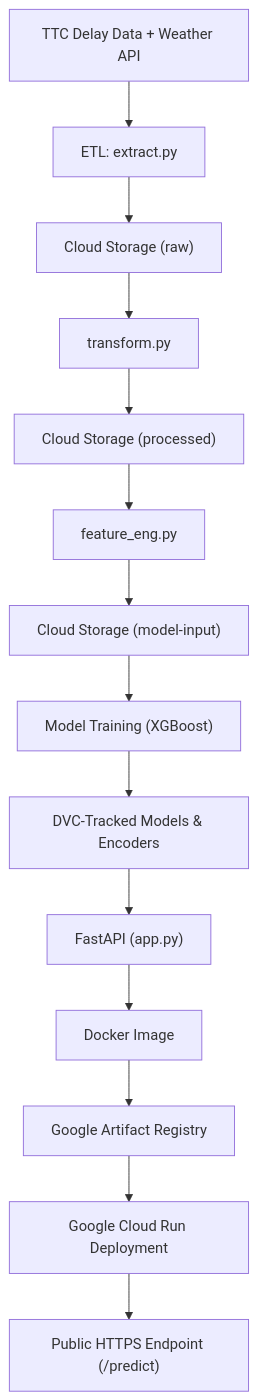
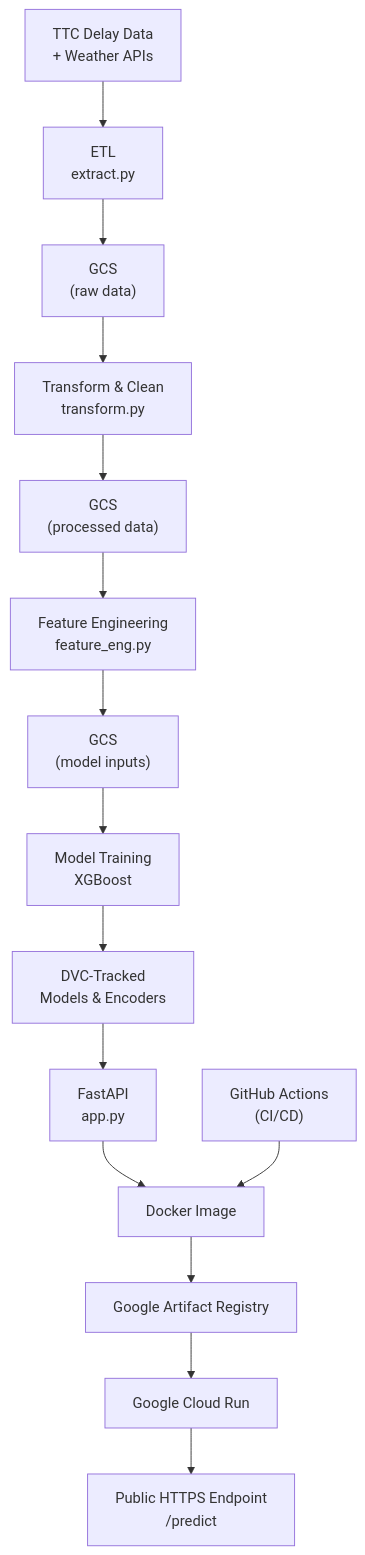
The diagram in README.md (jay-nidumolu/transitx-project), drawn with Mermaid before and after one commit.

````diff
--- a/README.md
+++ b/README.md
@@ -137,16 +137,25 @@
 ```mermaid
 flowchart TB
-    A["TTC Delay Data + Weather API"] --> B["ETL: extract.py"]
-    B --> C["Cloud Storage (raw)"]
-    C --> D["transform.py"]
-    D --> E["Cloud Storage (processed)"]
-    E --> F["feature_eng.py"]
-    F --> G["Cloud Storage (model-input)"]
-    G --> H["Model Training (XGBoost)"]
-    H --> I["DVC-Tracked Models & Encoders"]
-    I --> J["FastAPI (app.py)"]
-    J --> K["Docker Image"]
-    K --> L["Google Artifact Registry"]
-    L --> M["Google Cloud Run Deployment"]
-    M --> N["Public HTTPS Endpoint (/predict)"]
+
+A["TTC Delay Data<br/>+ Weather APIs"] --> B["ETL<br/>extract.py"]
+B --> C["GCS<br/>(raw data)"]
+
+C --> D["Transform & Clean<br/>transform.py"]
+D --> E["GCS<br/>(processed data)"]
+
+E --> F["Feature Engineering<br/>feature_eng.py"]
+F --> G["GCS<br/>(model inputs)"]
+
+G --> H["Model Training<br/>XGBoost"]
+H --> I["DVC-Tracked<br/>Models & Encoders"]
+
+I --> J["FastAPI<br/>app.py"]
+J --> K["Docker Image"]
+
+K --> L["Google Artifact Registry"]
+L --> M["Google Cloud Run"]
+M --> N["Public HTTPS Endpoint<br/>/predict"]
+
+CI["GitHub Actions<br/>(CI/CD)"] --> K
+
 ```
````
